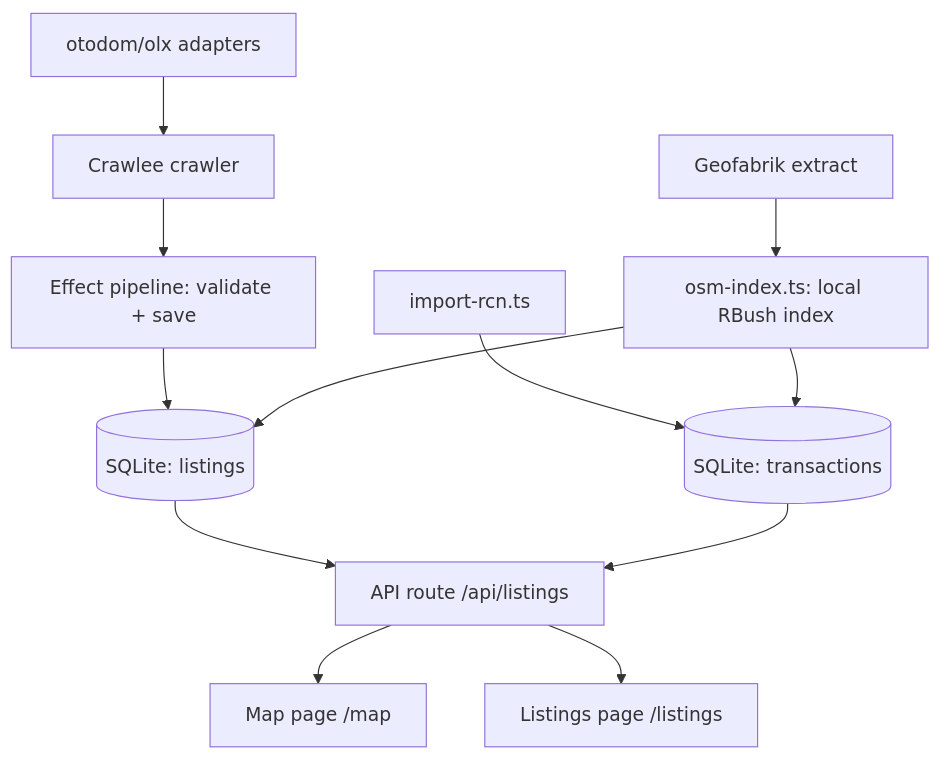
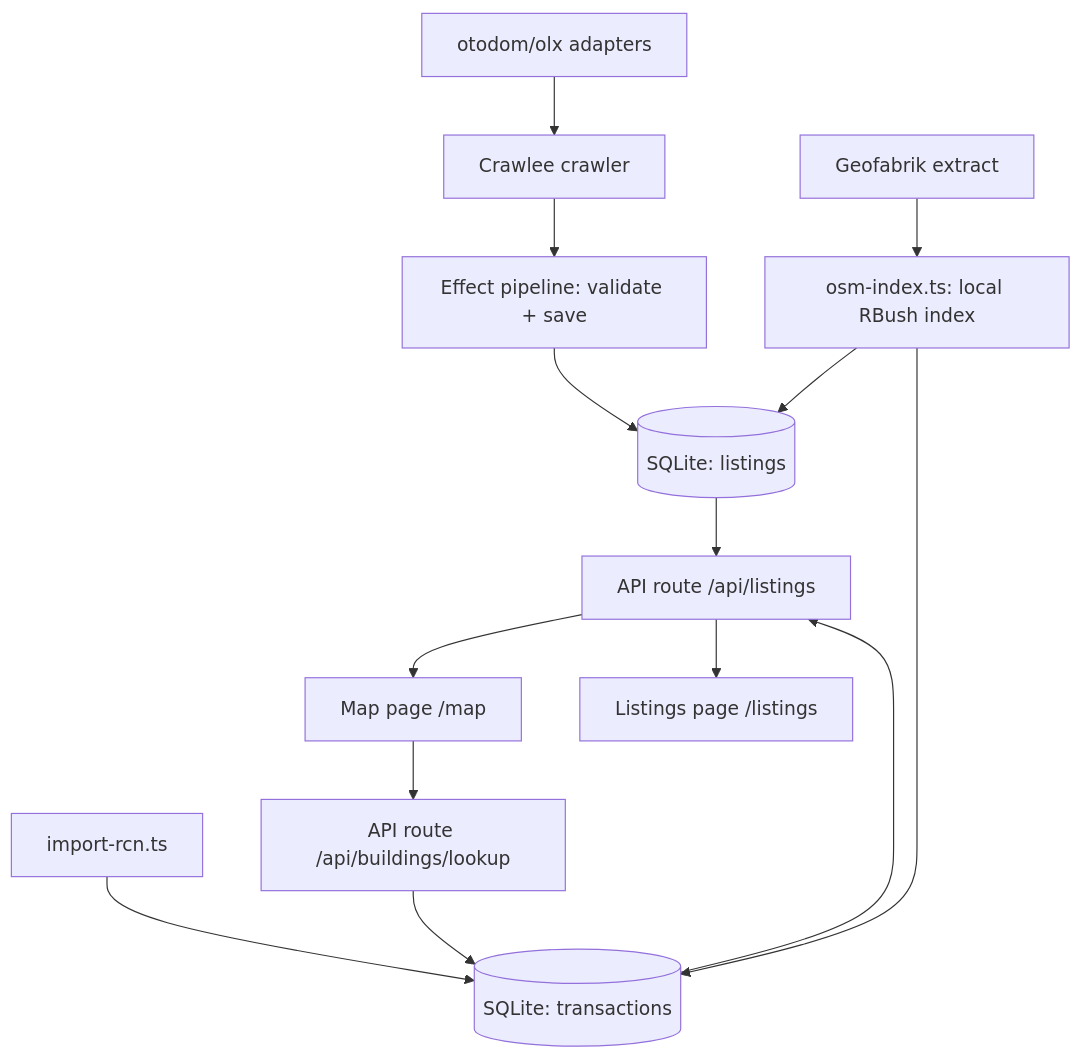
Before and after one commit to Zdziszkee/flat-tracker: the diagram in AGENTS.md, drawn with Mermaid. The commit also changed other lines of this file and 3 other files, not shown here.

````diff
--- a/AGENTS.md
+++ b/AGENTS.md
@@ -102,14 +102,16 @@
 ```mermaid
 graph TD
   A[otodom/olx adapters] --> B[Crawlee crawler]
   B --> C[Effect pipeline: validate + save]
   C --> D[(SQLite: listings)]
   E[import-rcn.ts] --> F[(SQLite: transactions)]
   G[Geofabrik extract] --> H[osm-index.ts: local RBush index]
   H --> D
   H --> F
   D --> I[API route /api/listings]
   F --> I
   I --> J[Map page /map]
   I --> K[Listings page /listings]
+  J --> L[API route /api/buildings/lookup]
+  L --> F
 ```
````
